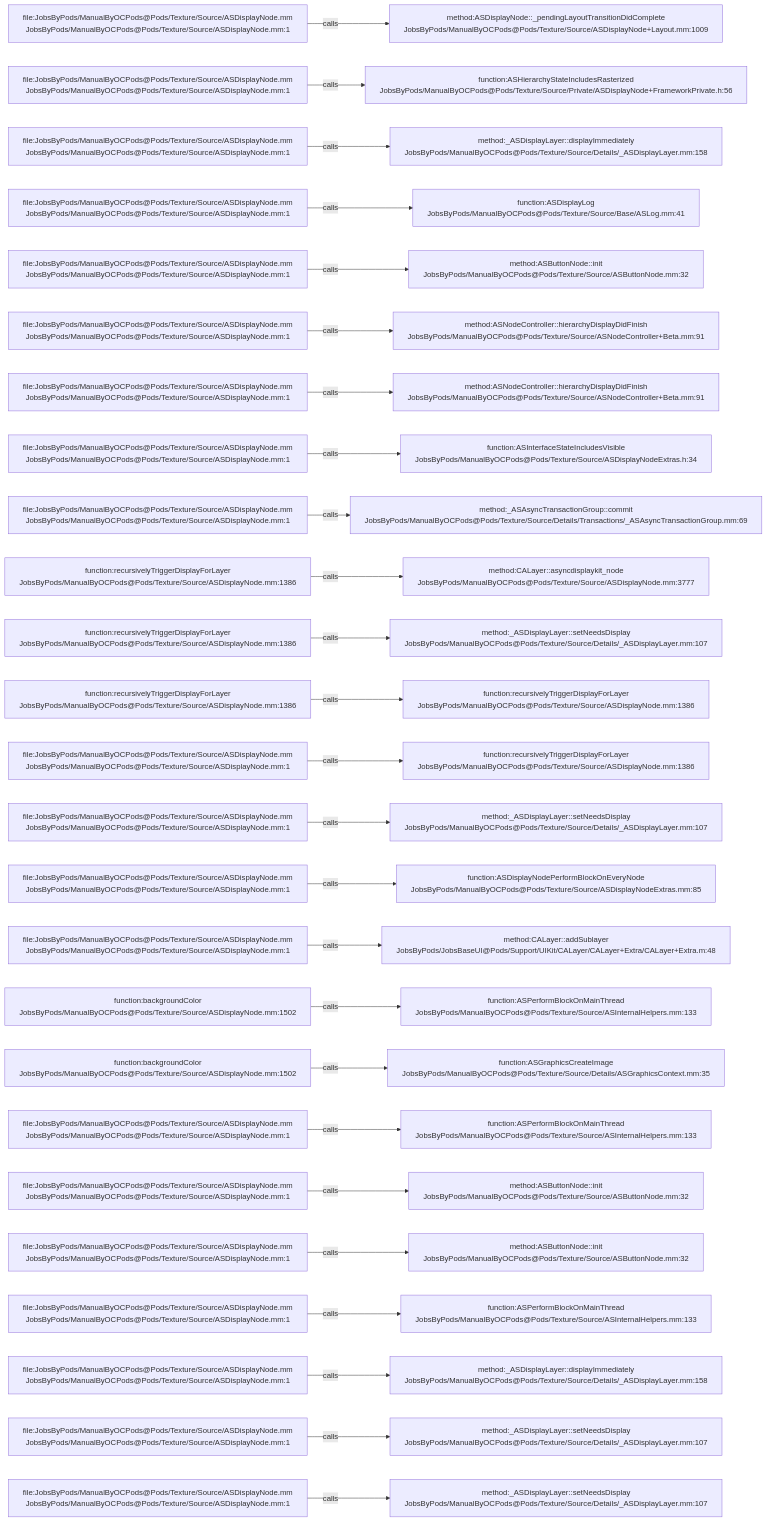
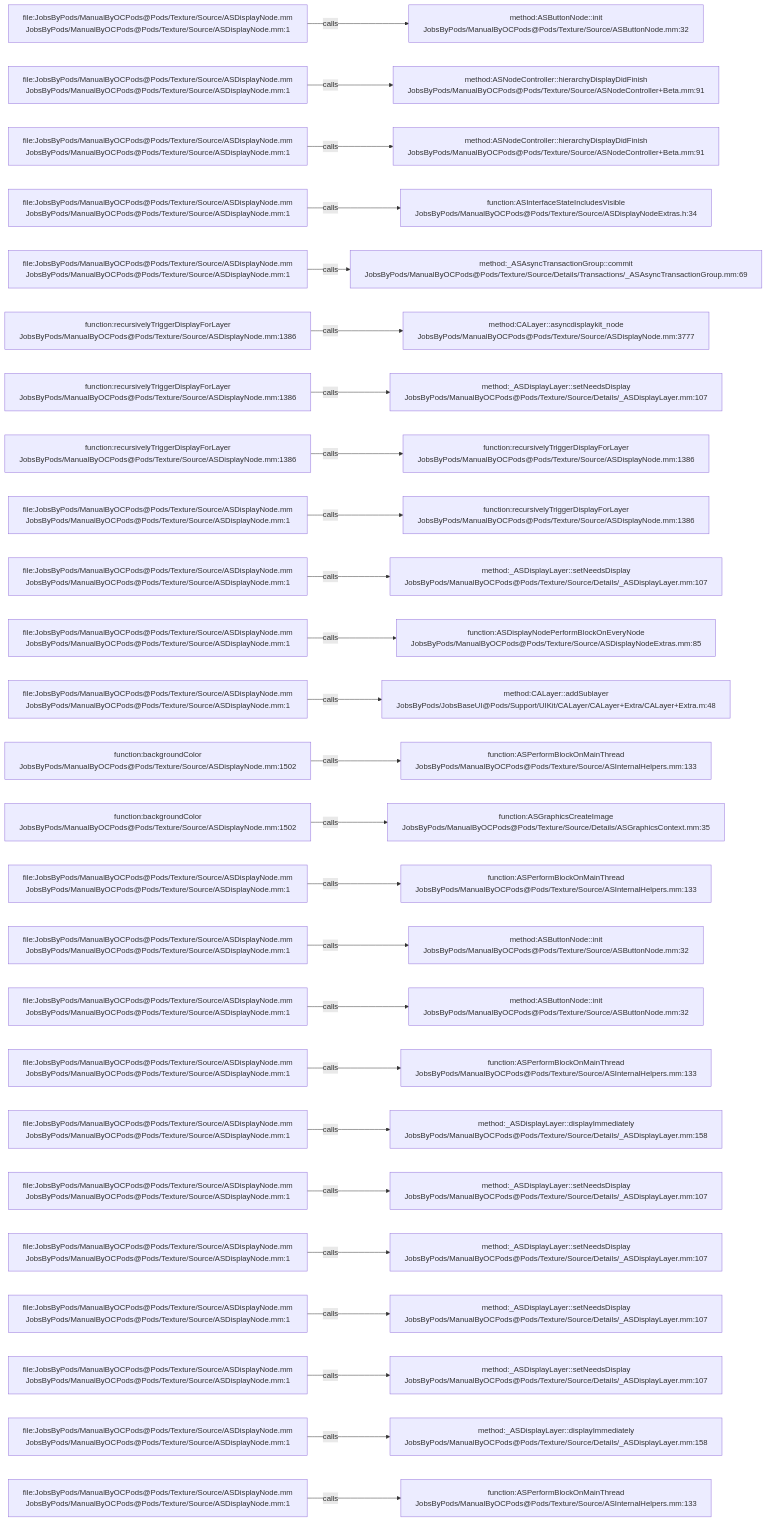
Before and after one commit to JobsKits/JobsOCBaseConfigDemo: the diagram in .codegraph/codegraph.md/graphs/calls-097.md, drawn with Mermaid. The commit also changed 727 other files, not shown here.

````diff
--- a/.codegraph/codegraph.md/graphs/calls-097.md
+++ b/.codegraph/codegraph.md/graphs/calls-097.md
@@ -13,78 +13,78 @@
 ```mermaid
 flowchart LR
   S1["file:JobsByPods/ManualByOCPods@Pods/Texture/Source/ASDisplayNode.mm<br/>JobsByPods/ManualByOCPods@Pods/Texture/Source/ASDisplayNode.mm:1"]
-  T1["method:ASDisplayNode::_pendingLayoutTransitionDidComplete<br/>JobsByPods/ManualByOCPods@Pods/Texture/Source/ASDisplayNode+Layout.mm:1009"]
+  T1["method:ASButtonNode::init<br/>JobsByPods/ManualByOCPods@Pods/Texture/Source/ASButtonNode.mm:32"]
   S1 -->|calls| T1
   S2["file:JobsByPods/ManualByOCPods@Pods/Texture/Source/ASDisplayNode.mm<br/>JobsByPods/ManualByOCPods@Pods/Texture/Source/ASDisplayNode.mm:1"]
-  T2["function:ASHierarchyStateIncludesRasterized<br/>JobsByPods/ManualByOCPods@Pods/Texture/Source/Private/ASDisplayNode+FrameworkPrivate.h:56"]
+  T2["method:ASNodeController::hierarchyDisplayDidFinish<br/>JobsByPods/ManualByOCPods@Pods/Texture/Source/ASNodeController+Beta.mm:91"]
   S2 -->|calls| T2
   S3["file:JobsByPods/ManualByOCPods@Pods/Texture/Source/ASDisplayNode.mm<br/>JobsByPods/ManualByOCPods@Pods/Texture/Source/ASDisplayNode.mm:1"]
-  T3["method:_ASDisplayLayer::displayImmediately<br/>JobsByPods/ManualByOCPods@Pods/Texture/Source/Details/_ASDisplayLayer.mm:158"]
+  T3["method:ASNodeController::hierarchyDisplayDidFinish<br/>JobsByPods/ManualByOCPods@Pods/Texture/Source/ASNodeController+Beta.mm:91"]
   S3 -->|calls| T3
   S4["file:JobsByPods/ManualByOCPods@Pods/Texture/Source/ASDisplayNode.mm<br/>JobsByPods/ManualByOCPods@Pods/Texture/Source/ASDisplayNode.mm:1"]
-  T4["function:ASDisplayLog<br/>JobsByPods/ManualByOCPods@Pods/Texture/Source/Base/ASLog.mm:41"]
+  T4["function:ASInterfaceStateIncludesVisible<br/>JobsByPods/ManualByOCPods@Pods/Texture/Source/ASDisplayNodeExtras.h:34"]
   S4 -->|calls| T4
   S5["file:JobsByPods/ManualByOCPods@Pods/Texture/Source/ASDisplayNode.mm<br/>JobsByPods/ManualByOCPods@Pods/Texture/Source/ASDisplayNode.mm:1"]
-  T5["method:ASButtonNode::init<br/>JobsByPods/ManualByOCPods@Pods/Texture/Source/ASButtonNode.mm:32"]
+  T5["method:_ASAsyncTransactionGroup::commit<br/>JobsByPods/ManualByOCPods@Pods/Texture/Source/Details/Transactions/_ASAsyncTransactionGroup.mm:69"]
   S5 -->|calls| T5
-  S6["file:JobsByPods/ManualByOCPods@Pods/Texture/Source/ASDisplayNode.mm<br/>JobsByPods/ManualByOCPods@Pods/Texture/Source/ASDisplayNode.mm:1"]
-  T6["method:ASNodeController::hierarchyDisplayDidFinish<br/>JobsByPods/ManualByOCPods@Pods/Texture/Source/ASNodeController+Beta.mm:91"]
+  S6["function:recursivelyTriggerDisplayForLayer<br/>JobsByPods/ManualByOCPods@Pods/Texture/Source/ASDisplayNode.mm:1386"]
+  T6["method:CALayer::asyncdisplaykit_node<br/>JobsByPods/ManualByOCPods@Pods/Texture/Source/ASDisplayNode.mm:3777"]
   S6 -->|calls| T6
-  S7["file:JobsByPods/ManualByOCPods@Pods/Texture/Source/ASDisplayNode.mm<br/>JobsByPods/ManualByOCPods@Pods/Texture/Source/ASDisplayNode.mm:1"]
-  T7["method:ASNodeController::hierarchyDisplayDidFinish<br/>JobsByPods/ManualByOCPods@Pods/Texture/Source/ASNodeController+Beta.mm:91"]
+  S7["function:recursivelyTriggerDisplayForLayer<br/>JobsByPods/ManualByOCPods@Pods/Texture/Source/ASDisplayNode.mm:1386"]
+  T7["method:_ASDisplayLayer::setNeedsDisplay<br/>JobsByPods/ManualByOCPods@Pods/Texture/Source/Details/_ASDisplayLayer.mm:107"]
   S7 -->|calls| T7
-  S8["file:JobsByPods/ManualByOCPods@Pods/Texture/Source/ASDisplayNode.mm<br/>JobsByPods/ManualByOCPods@Pods/Texture/Source/ASDisplayNode.mm:1"]
-  T8["function:ASInterfaceStateIncludesVisible<br/>JobsByPods/ManualByOCPods@Pods/Texture/Source/ASDisplayNodeExtras.h:34"]
+  S8["function:recursivelyTriggerDisplayForLayer<br/>JobsByPods/ManualByOCPods@Pods/Texture/Source/ASDisplayNode.mm:1386"]
+  T8["function:recursivelyTriggerDisplayForLayer<br/>JobsByPods/ManualByOCPods@Pods/Texture/Source/ASDisplayNode.mm:1386"]
   S8 -->|calls| T8
   S9["file:JobsByPods/ManualByOCPods@Pods/Texture/Source/ASDisplayNode.mm<br/>JobsByPods/ManualByOCPods@Pods/Texture/Source/ASDisplayNode.mm:1"]
-  T9["method:_ASAsyncTransactionGroup::commit<br/>JobsByPods/ManualByOCPods@Pods/Texture/Source/Details/Transactions/_ASAsyncTransactionGroup.mm:69"]
+  T9["function:recursivelyTriggerDisplayForLayer<br/>JobsByPods/ManualByOCPods@Pods/Texture/Source/ASDisplayNode.mm:1386"]
   S9 -->|calls| T9
-  S10["function:recursivelyTriggerDisplayForLayer<br/>JobsByPods/ManualByOCPods@Pods/Texture/Source/ASDisplayNode.mm:1386"]
-  T10["method:CALayer::asyncdisplaykit_node<br/>JobsByPods/ManualByOCPods@Pods/Texture/Source/ASDisplayNode.mm:3777"]
+  S10["file:JobsByPods/ManualByOCPods@Pods/Texture/Source/ASDisplayNode.mm<br/>JobsByPods/ManualByOCPods@Pods/Texture/Source/ASDisplayNode.mm:1"]
+  T10["method:_ASDisplayLayer::setNeedsDisplay<br/>JobsByPods/ManualByOCPods@Pods/Texture/Source/Details/_ASDisplayLayer.mm:107"]
   S10 -->|calls| T10
-  S11["function:recursivelyTriggerDisplayForLayer<br/>JobsByPods/ManualByOCPods@Pods/Texture/Source/ASDisplayNode.mm:1386"]
-  T11["method:_ASDisplayLayer::setNeedsDisplay<br/>JobsByPods/ManualByOCPods@Pods/Texture/Source/Details/_ASDisplayLayer.mm:107"]
+  S11["file:JobsByPods/ManualByOCPods@Pods/Texture/Source/ASDisplayNode.mm<br/>JobsByPods/ManualByOCPods@Pods/Texture/Source/ASDisplayNode.mm:1"]
+  T11["function:ASDisplayNodePerformBlockOnEveryNode<br/>JobsByPods/ManualByOCPods@Pods/Texture/Source/ASDisplayNodeExtras.mm:85"]
   S11 -->|calls| T11
-  S12["function:recursivelyTriggerDisplayForLayer<br/>JobsByPods/ManualByOCPods@Pods/Texture/Source/ASDisplayNode.mm:1386"]
-  T12["function:recursivelyTriggerDisplayForLayer<br/>JobsByPods/ManualByOCPods@Pods/Texture/Source/ASDisplayNode.mm:1386"]
+  S12["file:JobsByPods/ManualByOCPods@Pods/Texture/Source/ASDisplayNode.mm<br/>JobsByPods/ManualByOCPods@Pods/Texture/Source/ASDisplayNode.mm:1"]
+  T12["method:CALayer::addSublayer<br/>JobsByPods/JobsBaseUI@Pods/Support/UIKit/CALayer/CALayer+Extra/CALayer+Extra.m:48"]
   S12 -->|calls| T12
-  S13["file:JobsByPods/ManualByOCPods@Pods/Texture/Source/ASDisplayNode.mm<br/>JobsByPods/ManualByOCPods@Pods/Texture/Source/ASDisplayNode.mm:1"]
-  T13["function:recursivelyTriggerDisplayForLayer<br/>JobsByPods/ManualByOCPods@Pods/Texture/Source/ASDisplayNode.mm:1386"]
+  S13["function:backgroundColor<br/>JobsByPods/ManualByOCPods@Pods/Texture/Source/ASDisplayNode.mm:1502"]
+  T13["function:ASPerformBlockOnMainThread<br/>JobsByPods/ManualByOCPods@Pods/Texture/Source/ASInternalHelpers.mm:133"]
   S13 -->|calls| T13
-  S14["file:JobsByPods/ManualByOCPods@Pods/Texture/Source/ASDisplayNode.mm<br/>JobsByPods/ManualByOCPods@Pods/Texture/Source/ASDisplayNode.mm:1"]
-  T14["method:_ASDisplayLayer::setNeedsDisplay<br/>JobsByPods/ManualByOCPods@Pods/Texture/Source/Details/_ASDisplayLayer.mm:107"]
+  S14["function:backgroundColor<br/>JobsByPods/ManualByOCPods@Pods/Texture/Source/ASDisplayNode.mm:1502"]
+  T14["function:ASGraphicsCreateImage<br/>JobsByPods/ManualByOCPods@Pods/Texture/Source/Details/ASGraphicsContext.mm:35"]
   S14 -->|calls| T14
   S15["file:JobsByPods/ManualByOCPods@Pods/Texture/Source/ASDisplayNode.mm<br/>JobsByPods/ManualByOCPods@Pods/Texture/Source/ASDisplayNode.mm:1"]
-  T15["function:ASDisplayNodePerformBlockOnEveryNode<br/>JobsByPods/ManualByOCPods@Pods/Texture/Source/ASDisplayNodeExtras.mm:85"]
+  T15["function:ASPerformBlockOnMainThread<br/>JobsByPods/ManualByOCPods@Pods/Texture/Source/ASInternalHelpers.mm:133"]
   S15 -->|calls| T15
   S16["file:JobsByPods/ManualByOCPods@Pods/Texture/Source/ASDisplayNode.mm<br/>JobsByPods/ManualByOCPods@Pods/Texture/Source/ASDisplayNode.mm:1"]
-  T16["method:CALayer::addSublayer<br/>JobsByPods/JobsBaseUI@Pods/Support/UIKit/CALayer/CALayer+Extra/CALayer+Extra.m:48"]
+  T16["method:ASButtonNode::init<br/>JobsByPods/ManualByOCPods@Pods/Texture/Source/ASButtonNode.mm:32"]
   S16 -->|calls| T16
-  S17["function:backgroundColor<br/>JobsByPods/ManualByOCPods@Pods/Texture/Source/ASDisplayNode.mm:1502"]
-  T17["function:ASPerformBlockOnMainThread<br/>JobsByPods/ManualByOCPods@Pods/Texture/Source/ASInternalHelpers.mm:133"]
+  S17["file:JobsByPods/ManualByOCPods@Pods/Texture/Source/ASDisplayNode.mm<br/>JobsByPods/ManualByOCPods@Pods/Texture/Source/ASDisplayNode.mm:1"]
+  T17["method:ASButtonNode::init<br/>JobsByPods/ManualByOCPods@Pods/Texture/Source/ASButtonNode.mm:32"]
   S17 -->|calls| T17
-  S18["function:backgroundColor<br/>JobsByPods/ManualByOCPods@Pods/Texture/Source/ASDisplayNode.mm:1502"]
-  T18["function:ASGraphicsCreateImage<br/>JobsByPods/ManualByOCPods@Pods/Texture/Source/Details/ASGraphicsContext.mm:35"]
+  S18["file:JobsByPods/ManualByOCPods@Pods/Texture/Source/ASDisplayNode.mm<br/>JobsByPods/ManualByOCPods@Pods/Texture/Source/ASDisplayNode.mm:1"]
+  T18["function:ASPerformBlockOnMainThread<br/>JobsByPods/ManualByOCPods@Pods/Texture/Source/ASInternalHelpers.mm:133"]
   S18 -->|calls| T18
   S19["file:JobsByPods/ManualByOCPods@Pods/Texture/Source/ASDisplayNode.mm<br/>JobsByPods/ManualByOCPods@Pods/Texture/Source/ASDisplayNode.mm:1"]
-  T19["function:ASPerformBlockOnMainThread<br/>JobsByPods/ManualByOCPods@Pods/Texture/Source/ASInternalHelpers.mm:133"]
+  T19["method:_ASDisplayLayer::displayImmediately<br/>JobsByPods/ManualByOCPods@Pods/Texture/Source/Details/_ASDisplayLayer.mm:158"]
   S19 -->|calls| T19
   S20["file:JobsByPods/ManualByOCPods@Pods/Texture/Source/ASDisplayNode.mm<br/>JobsByPods/ManualByOCPods@Pods/Texture/Source/ASDisplayNode.mm:1"]
-  T20["method:ASButtonNode::init<br/>JobsByPods/ManualByOCPods@Pods/Texture/Source/ASButtonNode.mm:32"]
+  T20["method:_ASDisplayLayer::setNeedsDisplay<br/>JobsByPods/ManualByOCPods@Pods/Texture/Source/Details/_ASDisplayLayer.mm:107"]
   S20 -->|calls| T20
   S21["file:JobsByPods/ManualByOCPods@Pods/Texture/Source/ASDisplayNode.mm<br/>JobsByPods/ManualByOCPods@Pods/Texture/Source/ASDisplayNode.mm:1"]
-  T21["method:ASButtonNode::init<br/>JobsByPods/ManualByOCPods@Pods/Texture/Source/ASButtonNode.mm:32"]
+  T21["method:_ASDisplayLayer::setNeedsDisplay<br/>JobsByPods/ManualByOCPods@Pods/Texture/Source/Details/_ASDisplayLayer.mm:107"]
   S21 -->|calls| T21
   S22["file:JobsByPods/ManualByOCPods@Pods/Texture/Source/ASDisplayNode.mm<br/>JobsByPods/ManualByOCPods@Pods/Texture/Source/ASDisplayNode.mm:1"]
-  T22["function:ASPerformBlockOnMainThread<br/>JobsByPods/ManualByOCPods@Pods/Texture/Source/ASInternalHelpers.mm:133"]
+  T22["method:_ASDisplayLayer::setNeedsDisplay<br/>JobsByPods/ManualByOCPods@Pods/Texture/Source/Details/_ASDisplayLayer.mm:107"]
   S22 -->|calls| T22
   S23["file:JobsByPods/ManualByOCPods@Pods/Texture/Source/ASDisplayNode.mm<br/>JobsByPods/ManualByOCPods@Pods/Texture/Source/ASDisplayNode.mm:1"]
-  T23["method:_ASDisplayLayer::displayImmediately<br/>JobsByPods/ManualByOCPods@Pods/Texture/Source/Details/_ASDisplayLayer.mm:158"]
+  T23["method:_ASDisplayLayer::setNeedsDisplay<br/>JobsByPods/ManualByOCPods@Pods/Texture/Source/Details/_ASDisplayLayer.mm:107"]
   S23 -->|calls| T23
   S24["file:JobsByPods/ManualByOCPods@Pods/Texture/Source/ASDisplayNode.mm<br/>JobsByPods/ManualByOCPods@Pods/Texture/Source/ASDisplayNode.mm:1"]
-  T24["method:_ASDisplayLayer::setNeedsDisplay<br/>JobsByPods/ManualByOCPods@Pods/Texture/Source/Details/_ASDisplayLayer.mm:107"]
+  T24["method:_ASDisplayLayer::displayImmediately<br/>JobsByPods/ManualByOCPods@Pods/Texture/Source/Details/_ASDisplayLayer.mm:158"]
   S24 -->|calls| T24
   S25["file:JobsByPods/ManualByOCPods@Pods/Texture/Source/ASDisplayNode.mm<br/>JobsByPods/ManualByOCPods@Pods/Texture/Source/ASDisplayNode.mm:1"]
-  T25["method:_ASDisplayLayer::setNeedsDisplay<br/>JobsByPods/ManualByOCPods@Pods/Texture/Source/Details/_ASDisplayLayer.mm:107"]
+  T25["function:ASPerformBlockOnMainThread<br/>JobsByPods/ManualByOCPods@Pods/Texture/Source/ASInternalHelpers.mm:133"]
   S25 -->|calls| T25
 ```
````
